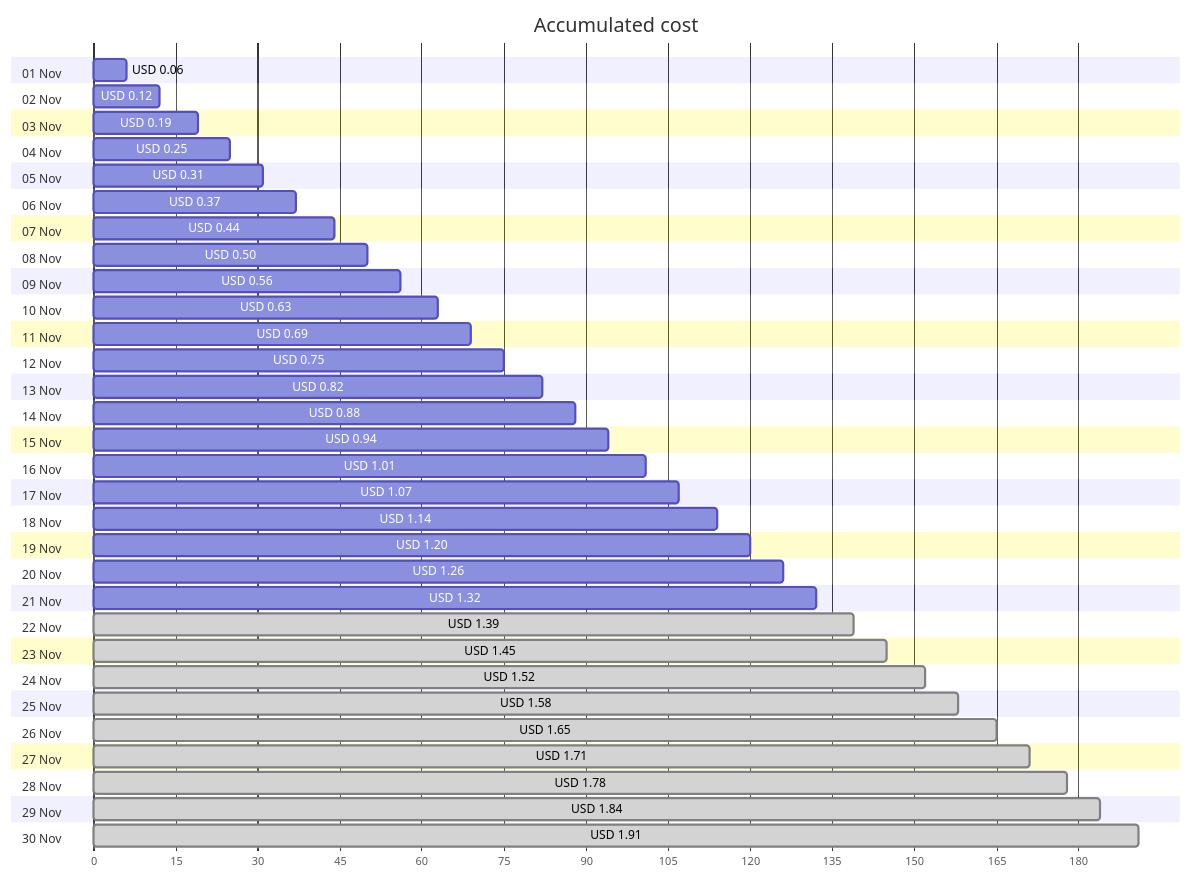
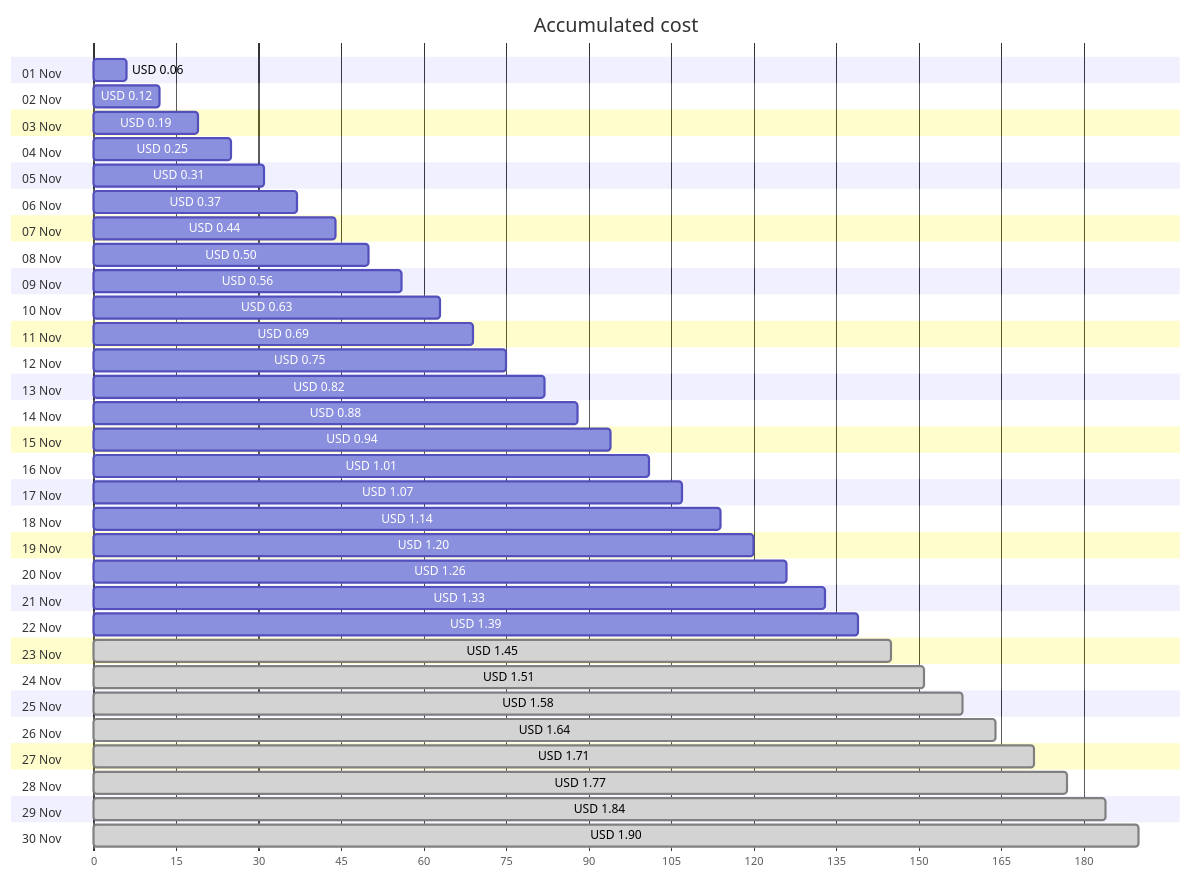
The first of 4 diagrams in cost-reports/personal-network/backup-server_OsDisk.md (jpfulton/azure-personal-reports), drawn with Mermaid before and after one commit. The commit also changed other lines of this file and 8 other files, not shown here.

````diff
--- a/cost-reports/personal-network/backup-server_OsDisk.md
+++ b/cost-reports/personal-network/backup-server_OsDisk.md
@@ -20,66 +20,66 @@
 ```mermaid
 gantt
    title Accumulated cost
    dateFormat  X
    axisFormat %s
    section 01 Nov
    USD 0.06 :0, 6
    section 02 Nov
    USD 0.12 :0, 12
    section 03 Nov
    USD 0.19 :0, 19
    section 04 Nov
    USD 0.25 :0, 25
    section 05 Nov
    USD 0.31 :0, 31
    section 06 Nov
    USD 0.37 :0, 37
    section 07 Nov
    USD 0.44 :0, 44
    section 08 Nov
    USD 0.50 :0, 50
    section 09 Nov
    USD 0.56 :0, 56
    section 10 Nov
    USD 0.63 :0, 63
    section 11 Nov
    USD 0.69 :0, 69
    section 12 Nov
    USD 0.75 :0, 75
    section 13 Nov
    USD 0.82 :0, 82
    section 14 Nov
    USD 0.88 :0, 88
    section 15 Nov
    USD 0.94 :0, 94
    section 16 Nov
    USD 1.01 :0, 101
    section 17 Nov
    USD 1.07 :0, 107
    section 18 Nov
    USD 1.14 :0, 114
    section 19 Nov
    USD 1.20 :0, 120
    section 20 Nov
    USD 1.26 :0, 126
    section 21 Nov
-   USD 1.32 :0, 132
+   USD 1.33 :0, 133
    section 22 Nov
-   USD 1.39 : done, 0, 139
+   USD 1.39 :0, 139
    section 23 Nov
    USD 1.45 : done, 0, 145
    section 24 Nov
-   USD 1.52 : done, 0, 152
+   USD 1.51 : done, 0, 151
    section 25 Nov
    USD 1.58 : done, 0, 158
    section 26 Nov
-   USD 1.65 : done, 0, 165
+   USD 1.64 : done, 0, 164
    section 27 Nov
    USD 1.71 : done, 0, 171
    section 28 Nov
-   USD 1.78 : done, 0, 178
+   USD 1.77 : done, 0, 177
    section 29 Nov
    USD 1.84 : done, 0, 184
    section 30 Nov
-   USD 1.91 : done, 0, 191
+   USD 1.90 : done, 0, 190
 ```
````
